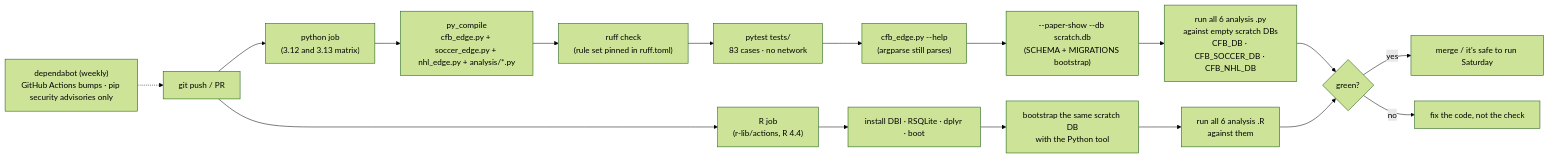
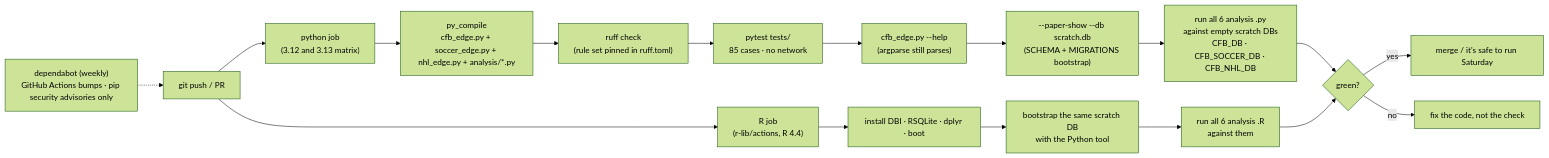
One commit to wbp318/cfb_soccer_nhl_2026_2027 changed diagram 12 of 27 in README.md. Above: the diagram before and after it, drawn with Mermaid (forest theme). The commit also changed other lines of this file and 10 other files, not shown here.

````diff
--- a/README.md
+++ b/README.md
@@ -723,18 +723,18 @@
 ```mermaid
 flowchart LR
     PUSH["git push / PR"] --> PY["python job\n(3.12 and 3.13 matrix)"]
     PUSH --> RJ["R job\n(r-lib/actions, R 4.4)"]
     PY --> P1["py_compile\ncfb_edge.py + soccer_edge.py + nhl_edge.py + analysis/*.py"]
     P1 --> P2["ruff check\n(rule set pinned in ruff.toml)"]
-    P2 --> PT["pytest tests/\n83 cases · no network"]
+    P2 --> PT["pytest tests/\n85 cases · no network"]
     PT --> P3["cfb_edge.py --help\n(argparse still parses)"]
     P3 --> P4["--paper-show --db scratch.db\n(SCHEMA + MIGRATIONS bootstrap)"]
     P4 --> P5["run all 6 analysis .py\nagainst empty scratch DBs\nCFB_DB · CFB_SOCCER_DB · CFB_NHL_DB"]
     RJ --> R1["install DBI · RSQLite · dplyr · boot"]
     R1 --> R2["bootstrap the same scratch DB\nwith the Python tool"]
     R2 --> R3["run all 6 analysis .R\nagainst them"]
     P5 & R3 --> OK{"green?"}
     OK -- yes --> M["merge / it's safe to run Saturday"]
     OK -- no --> FIX["fix the code, not the check"]
     DEP["dependabot (weekly)\nGitHub Actions bumps · pip security advisories only"] -.-> PUSH
 ```
````
